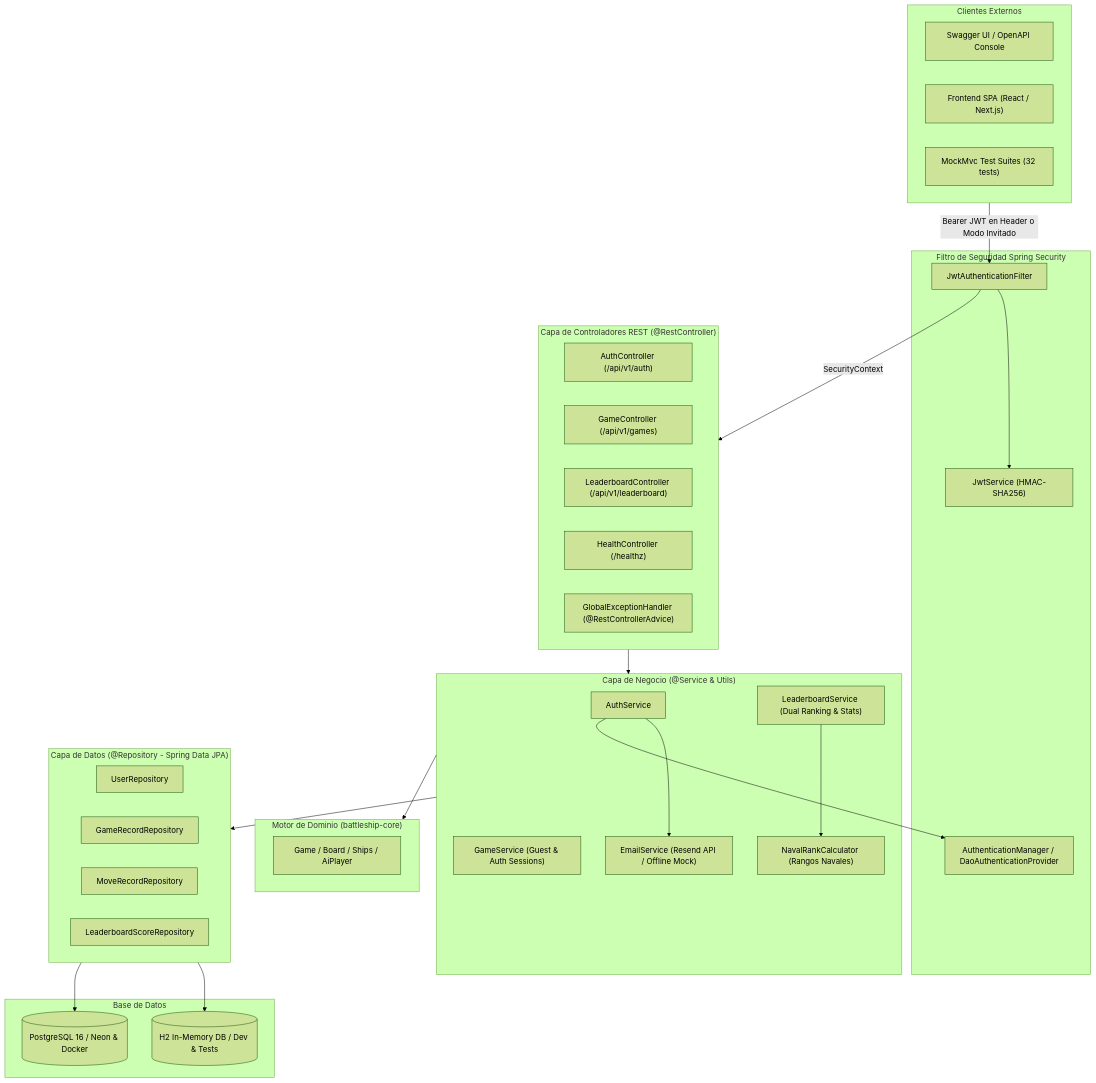
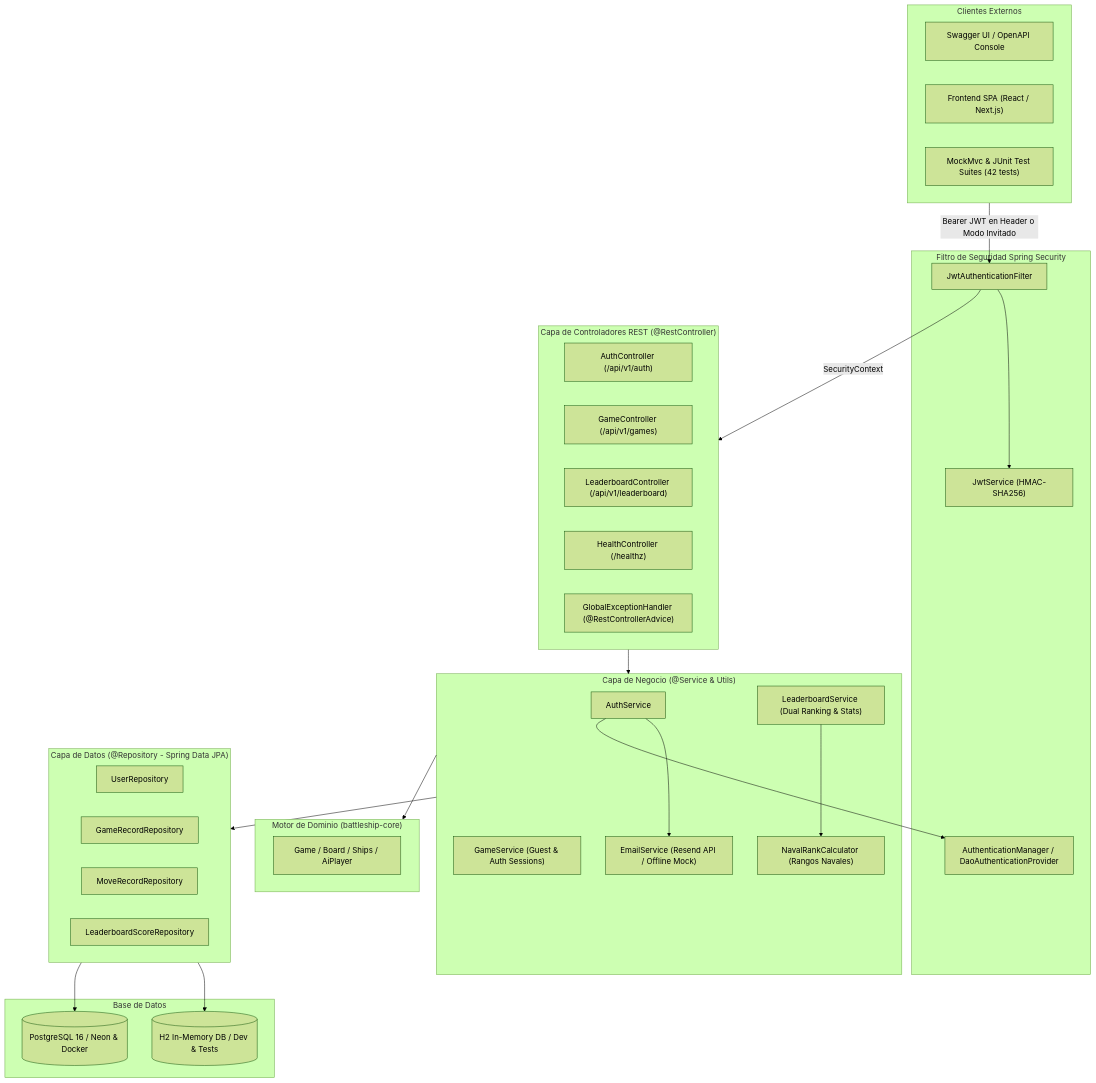
One commit to alvarofdeza/Battleship_IWSIM21-07 changed the fifth of 8 diagrams in modelado/ARQUITECTURA_Y_DISENO.md. Above: the diagram before and after it, drawn with Mermaid (forest theme). The commit also changed other lines of this file and 7 other files, not shown here.

Commit message:
test(security): add edge cases for OTP, game claim, naval ranks and update docs to 101 tests

````diff
--- a/modelado/ARQUITECTURA_Y_DISENO.md
+++ b/modelado/ARQUITECTURA_Y_DISENO.md
@@ -224,58 +224,58 @@
 ```mermaid
 flowchart TD
     subgraph ClientLayer ["Clientes Externos"]
         SWAGGER["Swagger UI / OpenAPI Console"]
         SPA["Frontend SPA (React / Next.js)"]
-        TESTS["MockMvc Test Suites (32 tests)"]
+        TESTS["MockMvc & JUnit Test Suites (42 tests)"]
     end
 
     subgraph SecurityBoundary ["Filtro de Seguridad Spring Security"]
         JWT_FILTER["JwtAuthenticationFilter"]
         JWT_SERVICE["JwtService (HMAC-SHA256)"]
         AUTH_MGR["AuthenticationManager / DaoAuthenticationProvider"]
     end
 
     subgraph RestControllers ["Capa de Controladores REST (@RestController)"]
         AC_REST["AuthController (/api/v1/auth)"]
         GC_REST["GameController (/api/v1/games)"]
         LC_REST["LeaderboardController (/api/v1/leaderboard)"]
         HC_REST["HealthController (/healthz)"]
         EX_ADVICE["GlobalExceptionHandler (@RestControllerAdvice)"]
     end
 
     subgraph BusinessServices ["Capa de Negocio (@Service & Utils)"]
         AUTH_SRV["AuthService"]
         GAME_SRV["GameService (Guest & Auth Sessions)"]
         LEAD_SRV["LeaderboardService (Dual Ranking & Stats)"]
         EMAIL_SRV["EmailService (Resend API / Offline Mock)"]
         RANK_CALC["NavalRankCalculator (Rangos Navales)"]
     end
 
     subgraph CoreEngineModule ["Motor de Dominio (battleship-core)"]
         CORE_GAME["Game / Board / Ships / AiPlayer"]
     end
 
     subgraph DataRepositories ["Capa de Datos (@Repository - Spring Data JPA)"]
         USER_REPO["UserRepository"]
         GAME_REPO["GameRecordRepository"]
         MOVE_REPO["MoveRecordRepository"]
         LEAD_REPO["LeaderboardScoreRepository"]
     end
 
     subgraph DatabaseLayer ["Base de Datos"]
         H2_DB[(H2 In-Memory DB / Dev & Tests)]
         PG_DB[(PostgreSQL 16 / Neon & Docker)]
     end
 
     ClientLayer -->|Bearer JWT en Header o Modo Invitado| JWT_FILTER
     JWT_FILTER --> JWT_SERVICE
     JWT_FILTER -->|SecurityContext| RestControllers
     RestControllers --> BusinessServices
     AUTH_SRV --> EMAIL_SRV
     LEAD_SRV --> RANK_CALC
     BusinessServices --> CoreEngineModule
     BusinessServices --> DataRepositories
     DataRepositories --> H2_DB
     DataRepositories --> PG_DB
     AUTH_SRV --> AUTH_MGR
 ```
````
